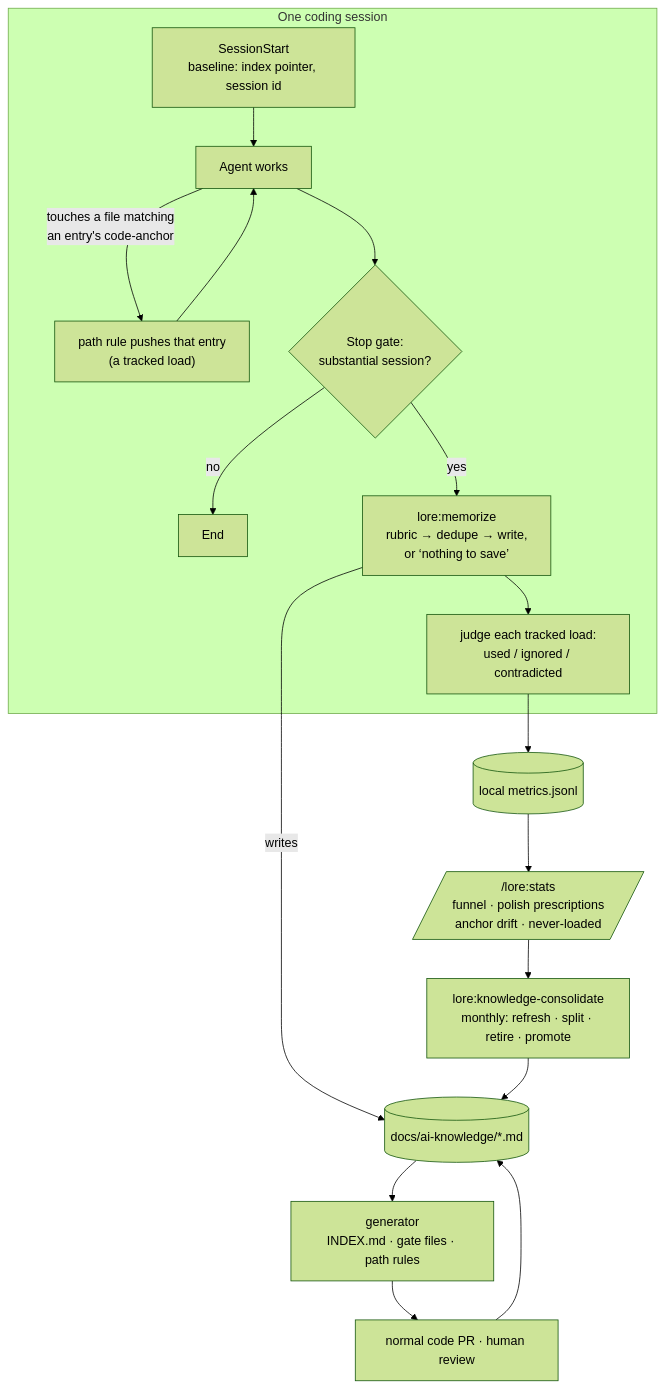
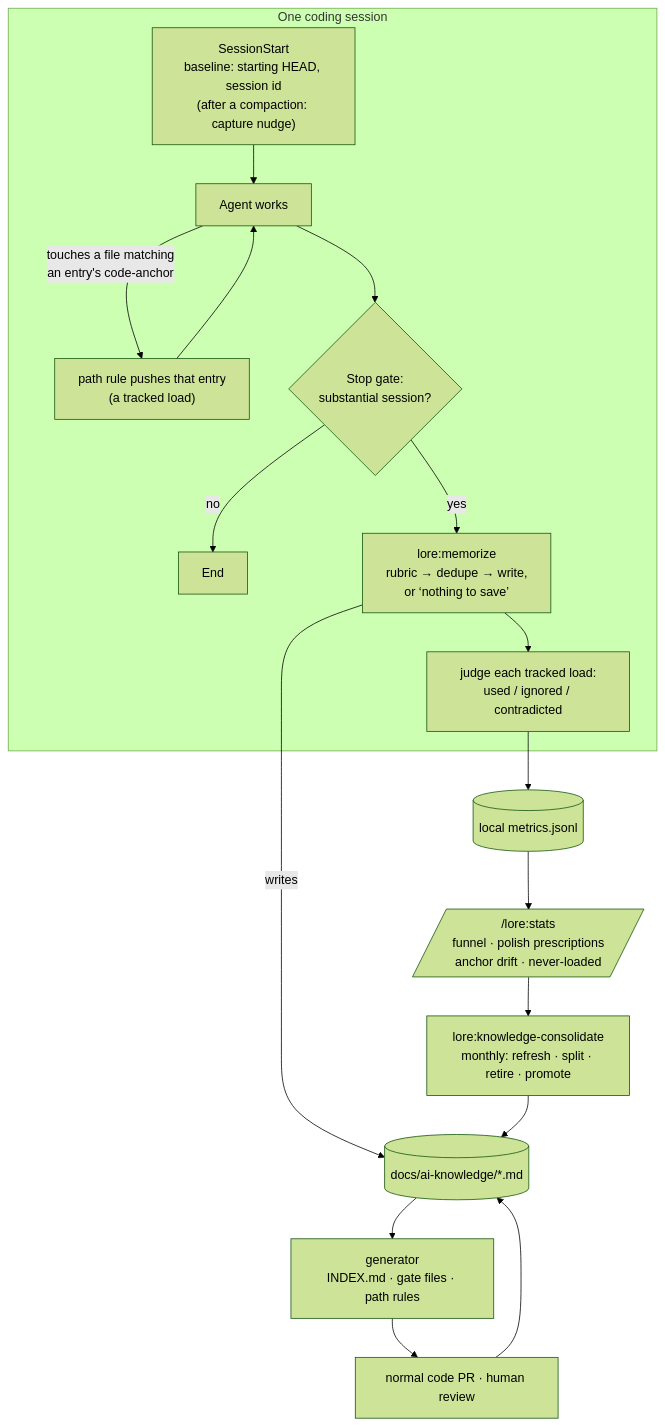
One commit to notverysalty/lore-plugin changed the diagram in README.md. Above: the diagram before and after it, drawn with Mermaid (forest theme). The commit also changed other lines of this file and 7 other files, not shown here.

First line of the commit message:
feat: post-compaction capture nudge; churn-free team rollups (v0.2.2)

````diff
--- a/README.md
+++ b/README.md
@@ -23,20 +23,20 @@
 ```mermaid
 flowchart TB
   subgraph session["One coding session"]
-    A["SessionStart<br/>baseline: index pointer, session id"] --> B["Agent works"]
+    A["SessionStart<br/>baseline: starting HEAD, session id<br/>(after a compaction: capture nudge)"] --> B["Agent works"]
     B -->|"touches a file matching<br/>an entry's code-anchor"| C["path rule pushes that entry<br/>(a tracked load)"]
     C --> B
     B --> D{"Stop gate:<br/>substantial session?"}
     D -->|no| E["End"]
     D -->|yes| F["lore:memorize<br/>rubric → dedupe → write,<br/>or ‘nothing to save’"]
     F --> G["judge each tracked load:<br/>used / ignored / contradicted"]
   end
   F -->|writes| K[("docs/ai-knowledge/*.md")]
   K --> H["generator<br/>INDEX.md · gate files · path rules"]
   H --> I["normal code PR · human review"]
   I --> K
   G --> M[("local metrics.jsonl")]
   M --> S[/"/lore:stats<br/>funnel · polish prescriptions<br/>anchor drift · never-loaded"/]
   S --> N["lore:knowledge-consolidate<br/>monthly: refresh · split · retire · promote"]
   N --> K
 ```
````
